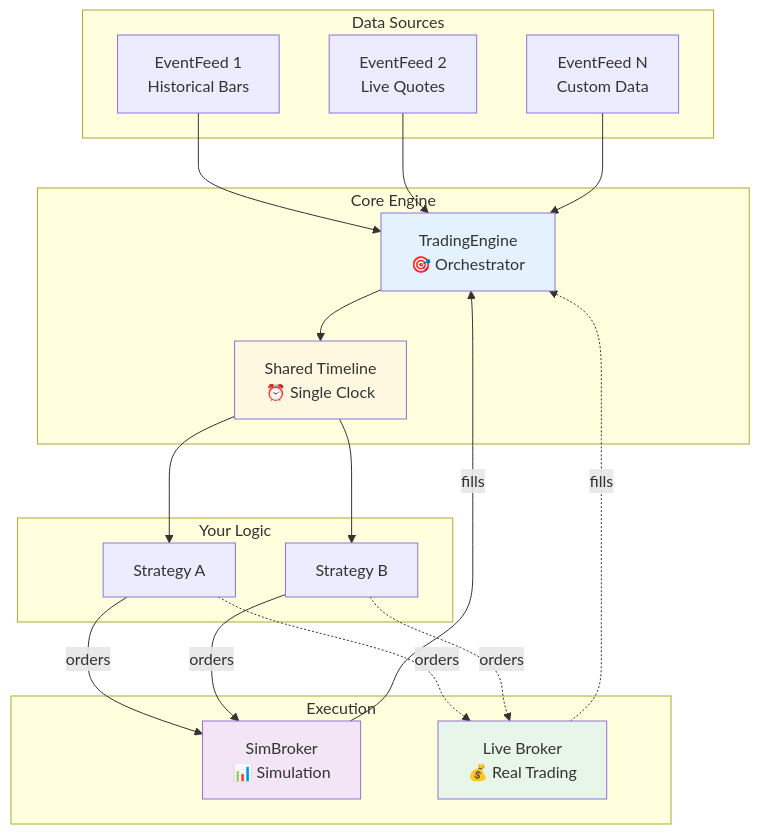
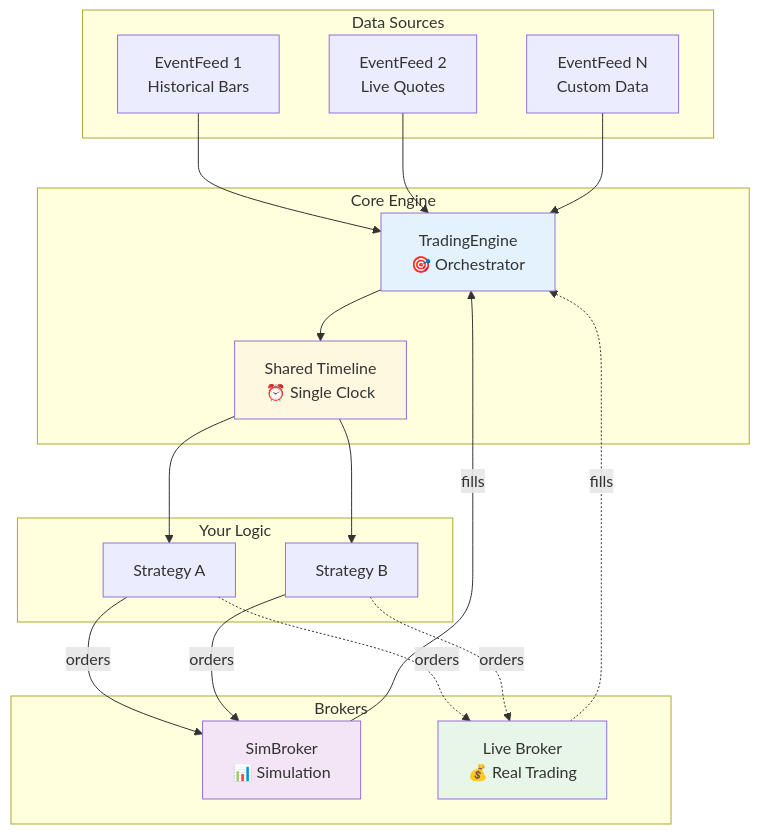
Before and after one commit to stefansimik/suite_trading: the fifth of 9 diagrams in README.md, drawn with Mermaid. The commit also changed other lines of this file and 25 other files, not shown here.

````diff
--- a/README.md
+++ b/README.md
@@ -412,44 +412,44 @@
 ```mermaid
 flowchart TB
     subgraph "Data Sources"
         EF1[EventFeed 1<br/>Historical Bars]
         EF2[EventFeed 2<br/>Live Quotes]
         EF3[EventFeed N<br/>Custom Data]
     end
 
     subgraph "Core Engine"
         Engine[TradingEngine<br/>🎯 Orchestrator]
         Timeline[Shared Timeline<br/>⏰ Single Clock]
     end
 
     subgraph "Your Logic"
         S1[Strategy A]
         S2[Strategy B]
     end
 
-    subgraph "Execution"
+    subgraph "Brokers"
         B1[SimBroker<br/>📊 Simulation]
         B2[Live Broker<br/>💰 Real Trading]
     end
 
     EF1 --> Engine
     EF2 --> Engine
     EF3 --> Engine
 
     Engine --> Timeline
     Timeline --> S1
     Timeline --> S2
 
     S1 -->|orders| B1
     S2 -->|orders| B1
     S1 -.->|orders| B2
     S2 -.->|orders| B2
 
     B1 -->|fills| Engine
     B2 -.->|fills| Engine
 
     style Engine fill:#e3f2fd
     style Timeline fill:#fff8e1
     style B1 fill:#f3e5f5
     style B2 fill:#e8f5e9
 ```
````
